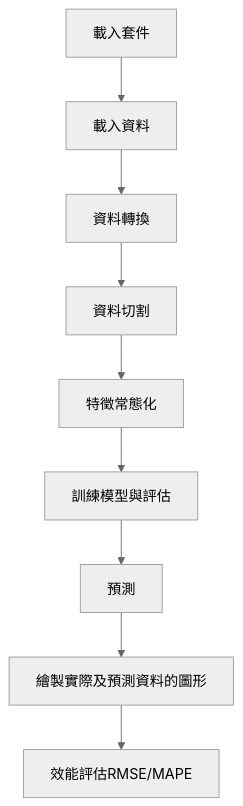
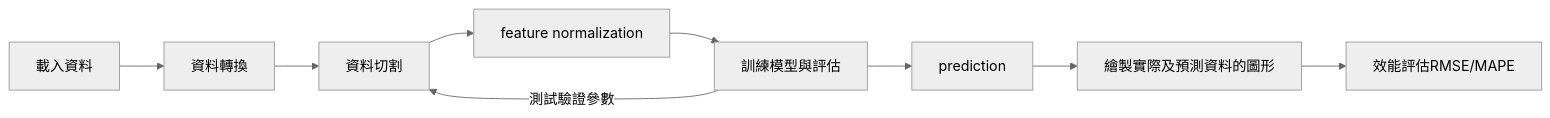
The diagram in README.md (Ruby-Chu/raw_material_forecasting), drawn with Mermaid (neutral theme) before and after one commit. The commit also changed other lines of this file, not shown here.

````diff
--- a/README.md
+++ b/README.md
@@ -3,4 +3,5 @@
 ``` mermaid
-graph TB;
-	1[載入套件] --> 2[載入資料] --> 3[資料轉換] --> 4[資料切割] --> 5[特徵常態化] --> 6[訓練模型與評估] --> 7[預測] --> 8[繪製實際及預測資料的圖形] --> 9[效能評估RMSE/MAPE];
+flowchart LR;
+	1[載入資料] --> 2[資料轉換] --> 3[資料切割] --> 4[feature normalization] --> 5[訓練模型與評估] --> 6[prediction] --> 7[繪製實際及預測資料的圖形] --> 8[效能評估RMSE/MAPE];
+	5[訓練模型與評估] --測試驗證參數--> 3[資料切割];
 ```
````
